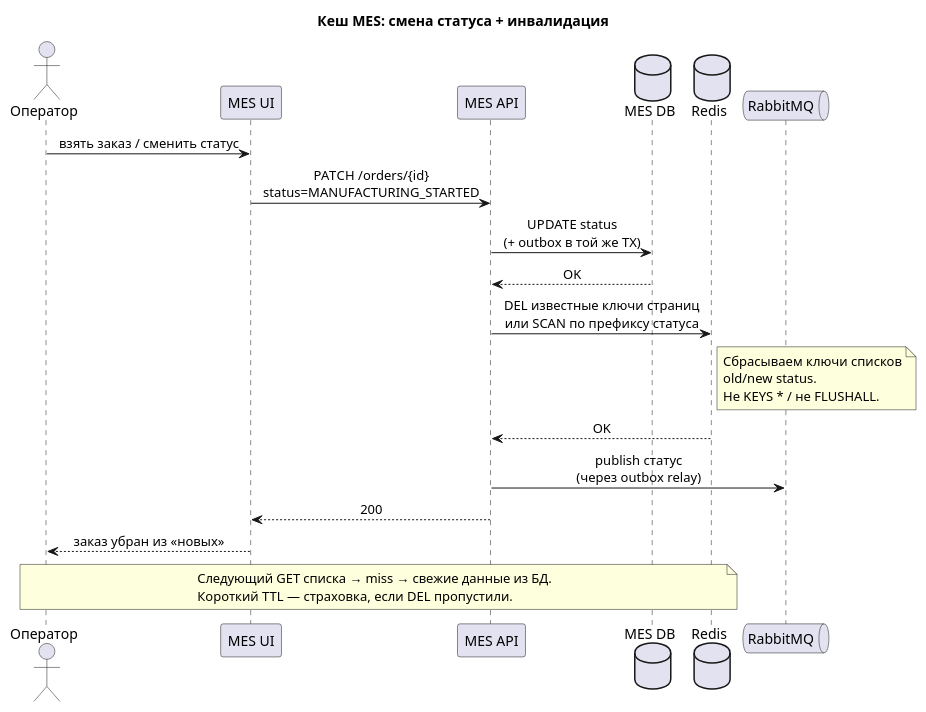
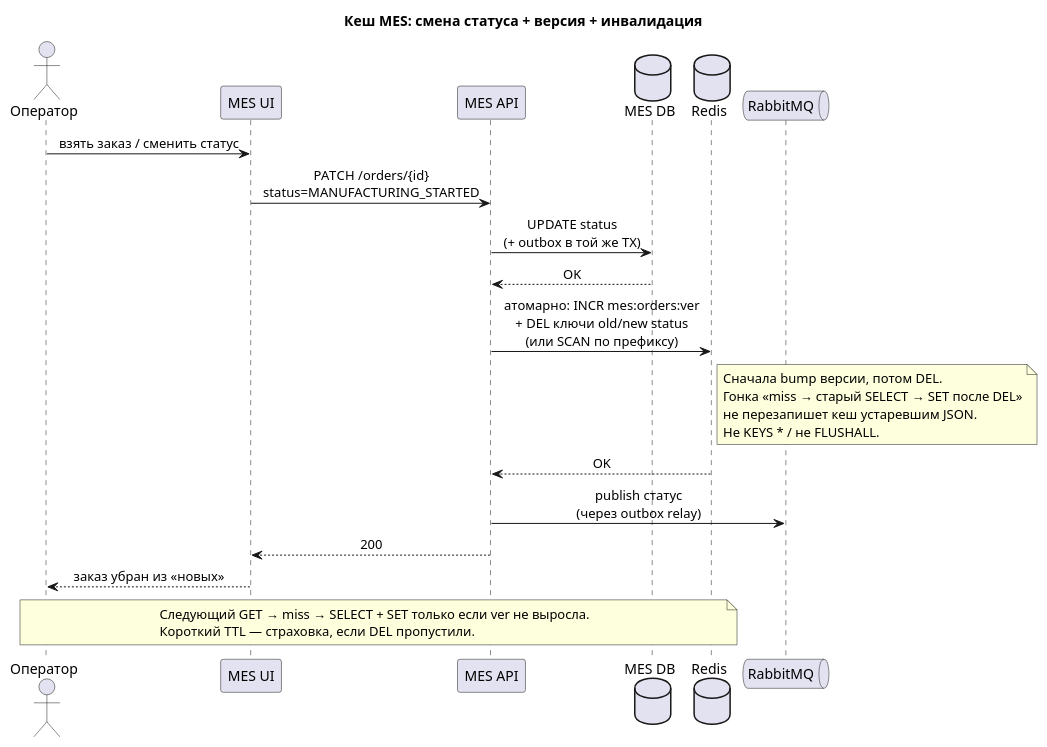
One commit to Dima-Karpov/architecture-pro-alexandrite changed the diagram in Task5/c4/02-status-change.puml. Above: the diagram before and after it, drawn with PlantUML. The commit also changed 7 other files, not shown here.

```diff
--- a/Task5/c4/02-status-change.puml
+++ b/Task5/c4/02-status-change.puml
@@ -1,35 +1,36 @@
 @startuml
-title Кеш MES: смена статуса + инвалидация
+title Кеш MES: смена статуса + версия + инвалидация
 skinparam sequenceMessageAlign center
 skinparam responseMessageBelowArrow true
 skinparam maxMessageSize 220
 
 actor "Оператор" as Op
 participant "MES UI" as UI
 participant "MES API" as API
 database "MES DB" as DB
 database "Redis" as Redis
 queue "RabbitMQ" as MQ
 
 Op -> UI: взять заказ / сменить статус
 UI -> API: PATCH /orders/{id}\nstatus=MANUFACTURING_STARTED
 
 API -> DB: UPDATE status\n(+ outbox в той же TX)
 DB --> API: OK
-API -> Redis: DEL известные ключи страниц\nили SCAN по префиксу статуса
+API -> Redis: атомарно: INCR mes:orders:ver\n+ DEL ключи old/new status\n(или SCAN по префиксу)
 note right of Redis
-  Сбрасываем ключи списков
-  old/new status.
+  Сначала bump версии, потом DEL.
+  Гонка «miss → старый SELECT → SET после DEL»
+  не перезапишет кеш устаревшим JSON.
   Не KEYS * / не FLUSHALL.
 end note
 Redis --> API: OK
 
 API -> MQ: publish статус\n(через outbox relay)
 API --> UI: 200
 UI --> Op: заказ убран из «новых»
 
 note over Op, Redis
-  Следующий GET списка → miss → свежие данные из БД.
+  Следующий GET → miss → SELECT + SET только если ver не выросла.
   Короткий TTL — страховка, если DEL пропустили.
 end note
 @enduml
```
